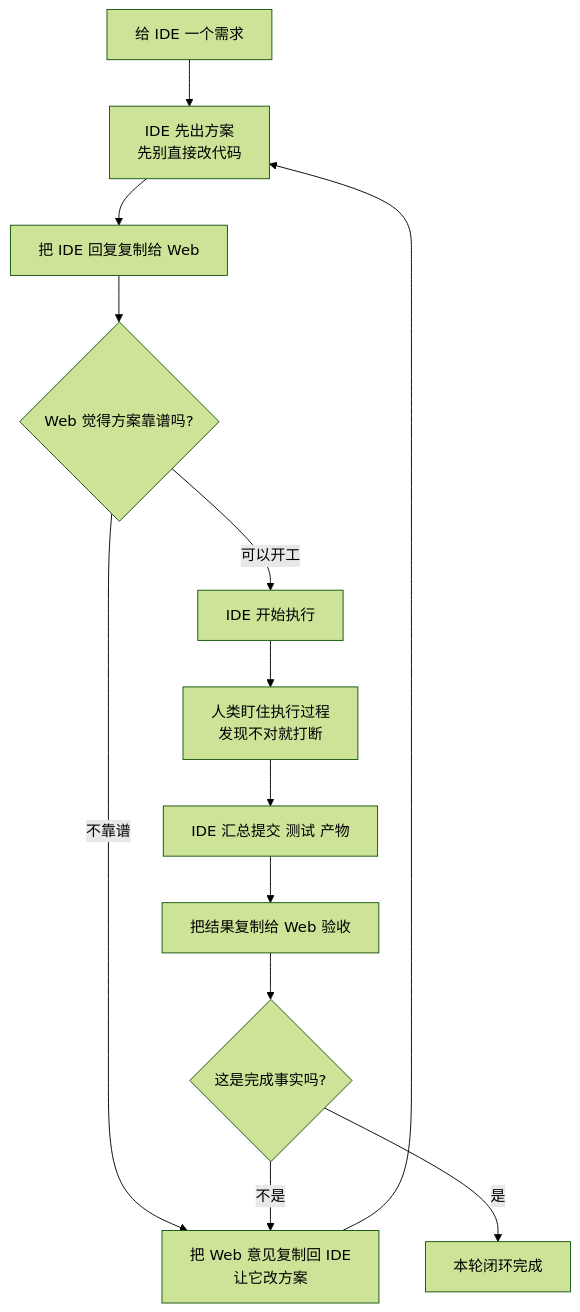
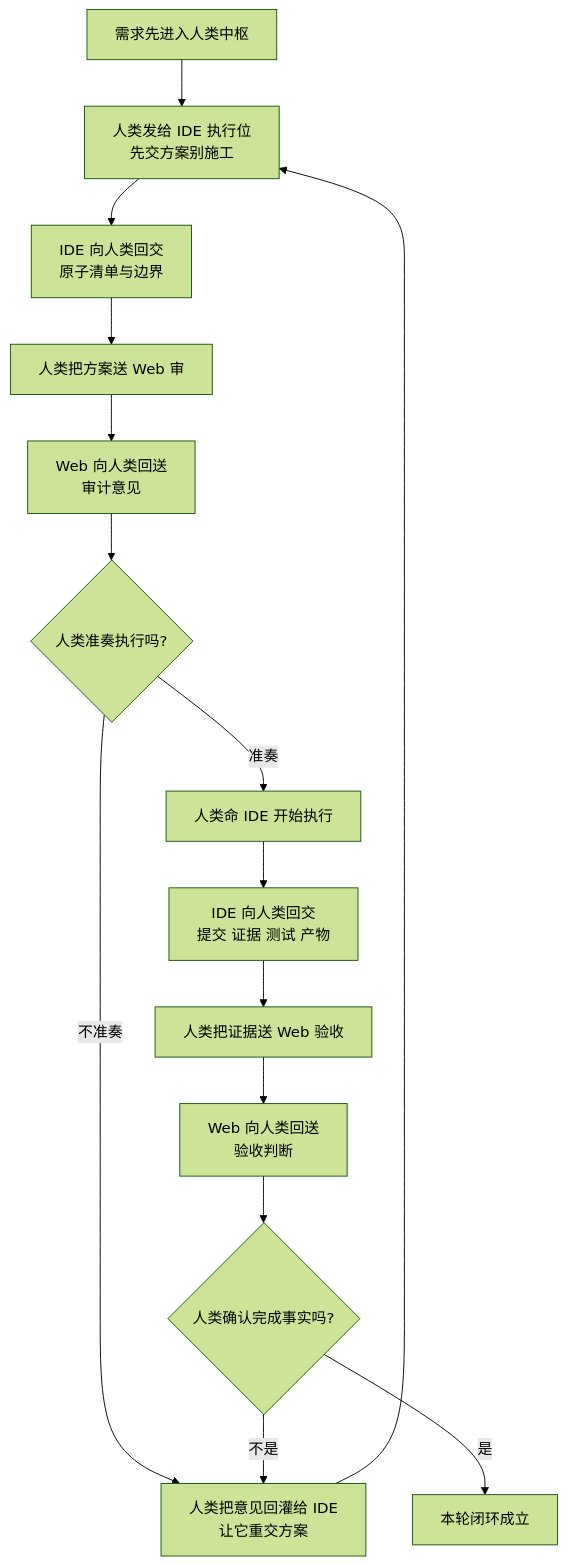
Before and after one commit to blackzhanzhan/Cyber-Ming-Protocol: the diagram in wiki/02-最小闭环与核心礼法/最小闭环：一次审计版与多次审计版.md, drawn with Mermaid (forest theme). The commit also changed other lines of this file and 2 other files, not shown here.

Commit message:
Recenter minimal-loop diagrams on human sovereignty
Rewrite the README and minimal-loop diagrams so the human is the only cross-system router, the Web side only returns judgment, and execution or completion never appears to advance automatically between agents. Reduce the agent-team reading of the protocol by making grant-of-execution and confirmation-of-completion explicit human decisions.

````diff
--- a/wiki/02-最小闭环与核心礼法/最小闭环：一次审计版与多次审计版.md
+++ b/wiki/02-最小闭环与核心礼法/最小闭环：一次审计版与多次审计版.md
@@ -39,15 +41,17 @@
 ```mermaid
 flowchart TD
-    A[给 IDE 一个需求] --> B[IDE 先出方案<br/>先别直接改代码]
-    B --> C[把 IDE 回复复制给 Web]
-    C --> D{Web 觉得方案靠谱吗?}
-    D -- 不靠谱 --> E[把 Web 意见复制回 IDE<br/>让它改方案]
-    E --> B
-    D -- 可以开工 --> F[IDE 开始执行]
-    F --> G[人类盯住执行过程<br/>发现不对就打断]
-    G --> H[IDE 汇总提交 测试 产物]
-    H --> I[把结果复制给 Web 验收]
-    I --> J{这是完成事实吗?}
-    J -- 不是 --> E
-    J -- 是 --> K[本轮闭环完成]
+    A[需求先进入人类中枢] --> B[人类发给 IDE 执行位<br/>先交方案别施工]
+    B --> C[IDE 向人类回交<br/>原子清单与边界]
+    C --> D[人类把方案送 Web 审]
+    D --> E[Web 向人类回送<br/>审计意见]
+    E --> F{人类准奏执行吗?}
+    F -- 不准奏 --> G[人类把意见回灌给 IDE<br/>让它重交方案]
+    G --> B
+    F -- 准奏 --> H[人类命 IDE 开始执行]
+    H --> I[IDE 向人类回交<br/>提交 证据 测试 产物]
+    I --> J[人类把证据送 Web 验收]
+    J --> K[Web 向人类回送<br/>验收判断]
+    K --> L{人类确认完成事实吗?}
+    L -- 不是 --> G
+    L -- 是 --> M[本轮闭环成立]
 ```
````
